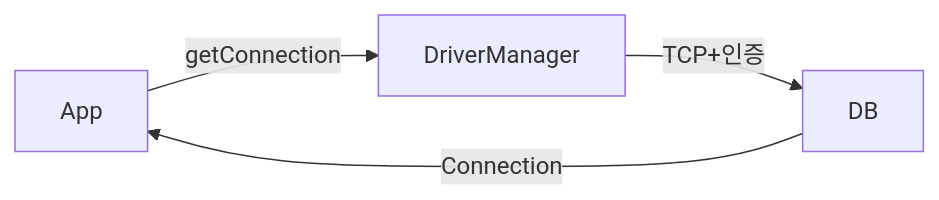
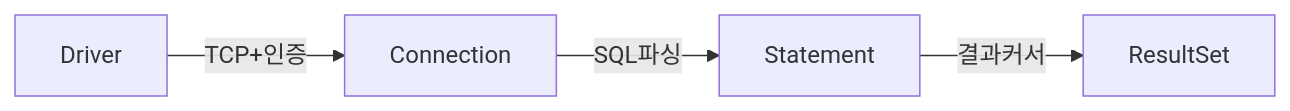
Before and after one commit to yjkim2015/yjkim2015.github.io: the first of 8 diagrams in _posts/spring/2026-05-02-spring-db-1.md, drawn with Mermaid. The commit also changed other lines of this file and 4 other files, not shown here.

````diff
--- a/_posts/spring/2026-05-02-spring-db-1.md
+++ b/_posts/spring/2026-05-02-spring-db-1.md
@@ -26,5 +30,6 @@
 ```mermaid
 graph LR
-    App -->|getConnection| DM["DriverManager"] -->|TCP+인증| DB
-    DB -->|Connection| App
+    DRV["Driver"] -->|TCP+인증| CON["Connection"]
+    CON -->|SQL파싱| STM["Statement"]
+    STM -->|결과커서| RS["ResultSet"]
 ```
````
